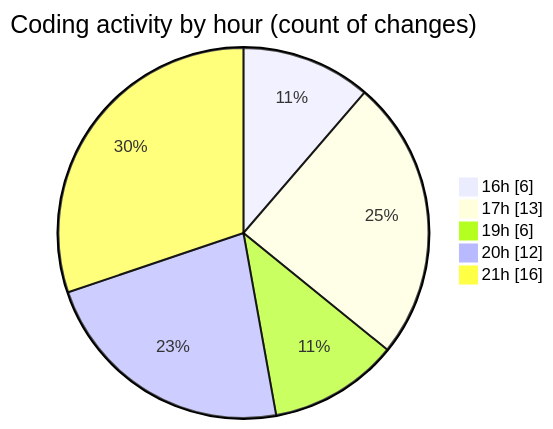
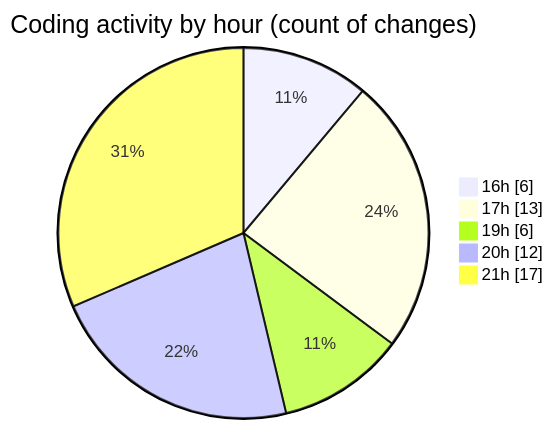
The second of 2 diagrams in 2025-06-22/studio-backend/README.md (idhammustaqopulfikri/code-tracking), drawn with Mermaid before and after one commit. The commit also changed other lines of this file and 1 other file, not shown here.

````diff
--- a/2025-06-22/studio-backend/README.md
+++ b/2025-06-22/studio-backend/README.md
@@ -37,9 +37,9 @@
 ```mermaid
 pie showData
 title Coding activity by hour (count of changes)
 "16h" : 6
 "17h" : 13
 "19h" : 6
 "20h" : 12
-"21h" : 16
+"21h" : 17
 ```
````
